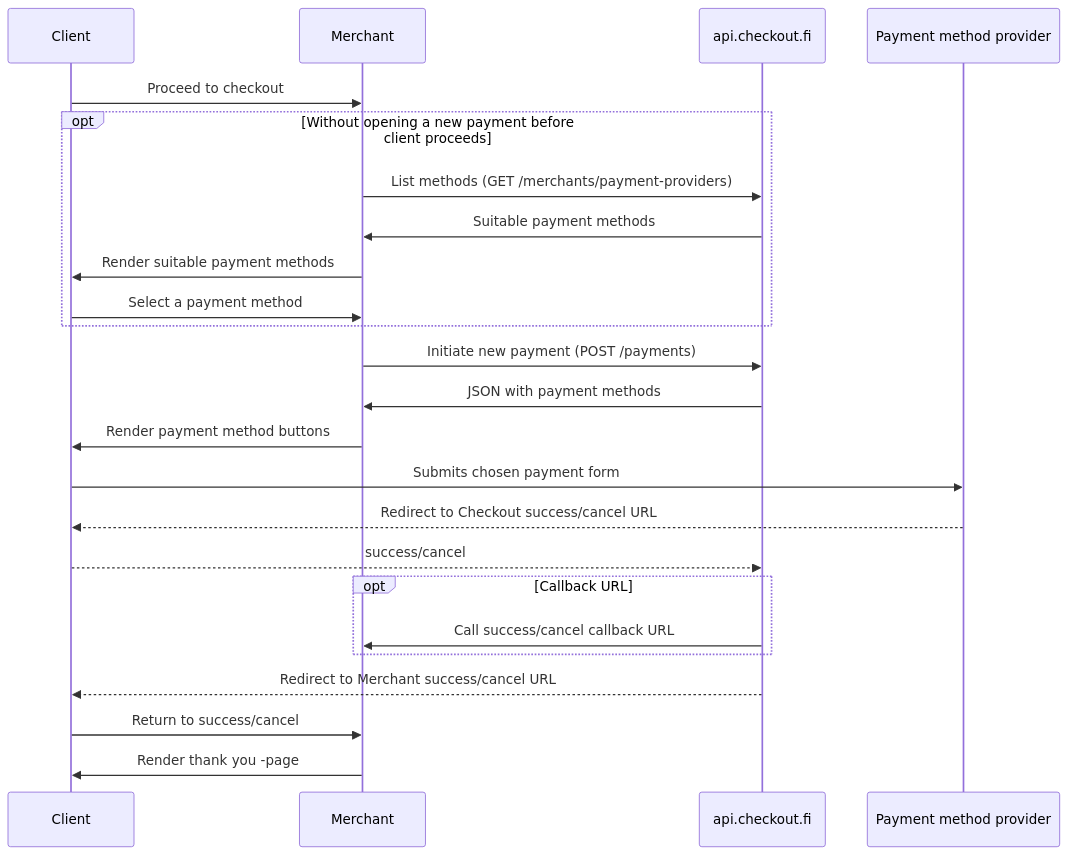
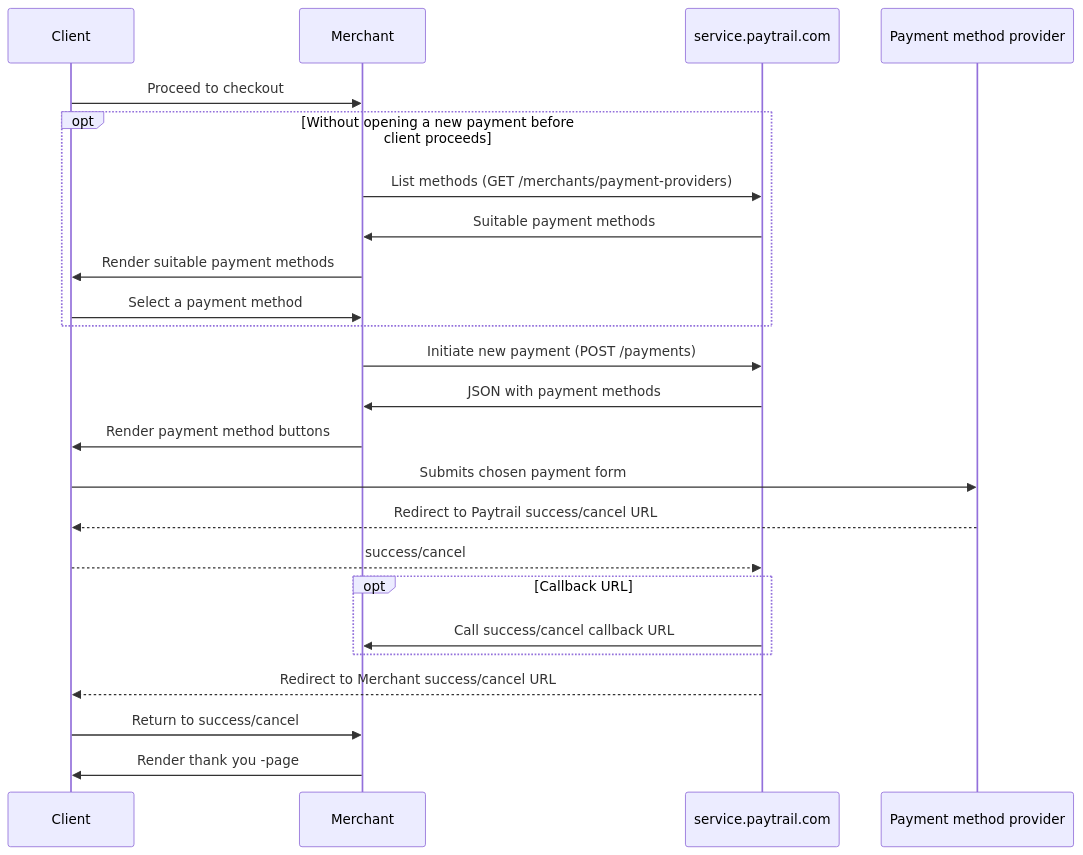
One commit to paytrail/api-documentation changed the first of 3 diagrams in docs/README.md. Above: the diagram before and after it, drawn with Mermaid. The commit also changed other lines of this file and 2 other files, not shown here.

````diff
--- a/docs/README.md
+++ b/docs/README.md
@@ -79,27 +79,27 @@
 ```mermaid
 sequenceDiagram
 
 Client ->> Merchant: Proceed to checkout
 
 opt Without opening a new payment before client proceeds
-Merchant ->> api.checkout.fi: List methods (GET /merchants/payment-providers)
-api.checkout.fi ->> Merchant: Suitable payment methods
+Merchant ->> service.paytrail.com: List methods (GET /merchants/payment-providers)
+service.paytrail.com ->> Merchant: Suitable payment methods
 Merchant ->> Client: Render suitable payment methods
 Client ->> Merchant: Select a payment method
 end
 
-Merchant ->> api.checkout.fi: Initiate new payment (POST /payments)
-api.checkout.fi ->> Merchant: JSON with payment methods
+Merchant ->> service.paytrail.com: Initiate new payment (POST /payments)
+service.paytrail.com ->> Merchant: JSON with payment methods
 Merchant ->> Client: Render payment method buttons
 Client ->> Payment method provider: Submits chosen payment form
-Payment method provider -->> Client: Redirect to Checkout success/cancel URL
-Client -->> api.checkout.fi: success/cancel
+Payment method provider -->> Client: Redirect to Paytrail success/cancel URL
+Client -->> service.paytrail.com: success/cancel
 
 opt Callback URL
-api.checkout.fi ->> Merchant: Call success/cancel callback URL
+service.paytrail.com->> Merchant: Call success/cancel callback URL
 end
 
-api.checkout.fi -->> Client: Redirect to Merchant success/cancel URL
+service.paytrail.com -->> Client: Redirect to Merchant success/cancel URL
 Client ->> Merchant: Return to success/cancel
 Merchant ->> Client: Render thank you -page
 ```
````
